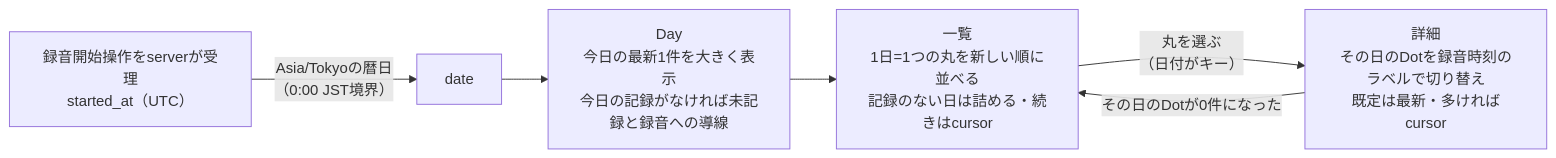
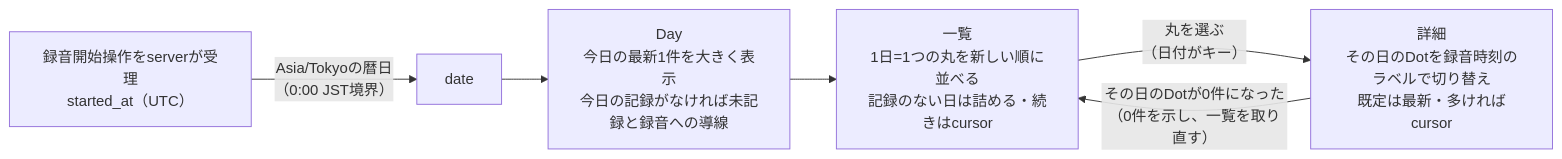
One commit to FujieMasaki/fod-app changed the diagram in docs/dot-history.md. Above: the diagram before and after it, drawn with Mermaid. The commit also changed other lines of this file and 1 other file, not shown here.

````diff
--- a/docs/dot-history.md
+++ b/docs/dot-history.md
@@ -105,9 +105,9 @@
 ```mermaid
 flowchart LR
     Rec["録音開始操作をserverが受理<br/>started_at（UTC）"] -->|"Asia/Tokyoの暦日<br/>（0:00 JST境界）"| Date["date"]
     Date --> Day
     Day["Day<br/>今日の最新1件を大きく表示<br/>今日の記録がなければ未記録と録音への導線"] --> List
     List["一覧<br/>1日=1つの丸を新しい順に並べる<br/>記録のない日は詰める・続きはcursor"] -->|"丸を選ぶ<br/>（日付がキー）"| Detail
     Detail["詳細<br/>その日のDotを録音時刻のラベルで切り替え<br/>既定は最新・多ければcursor"]
-    Detail -->|"その日のDotが0件になった"| List
+    Detail -->|"その日のDotが0件になった<br/>（0件を示し、一覧を取り直す）"| List
 ```
````
